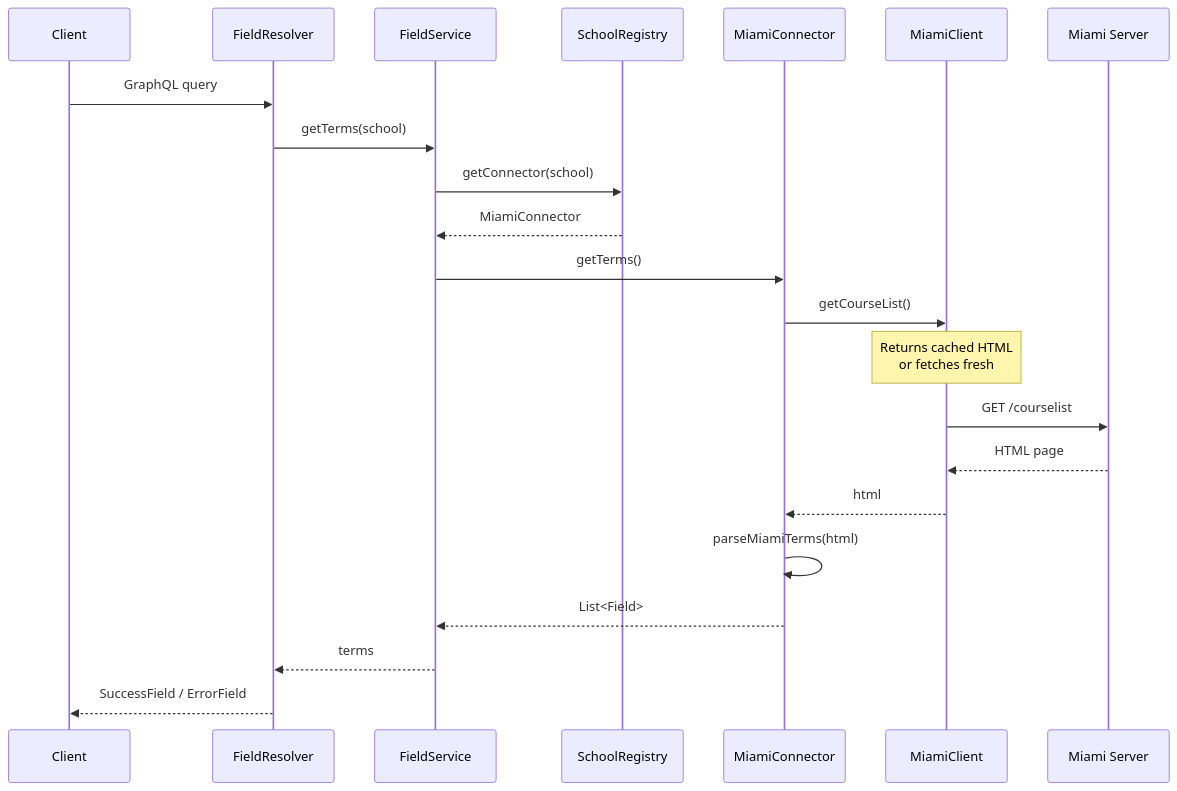
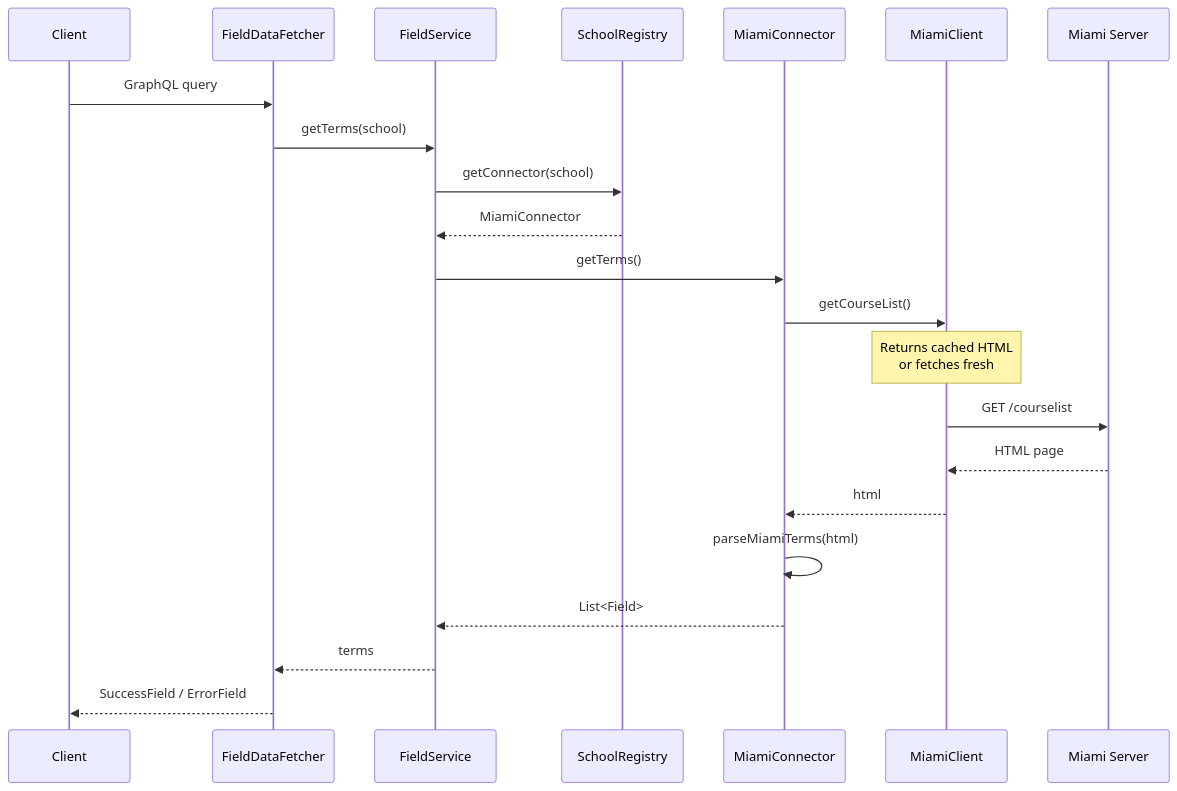
The fourth of 4 diagrams in README.md (tomdh-git/Miami-CourseAPI), drawn with Mermaid before and after one commit. The commit also changed other lines of this file and 42 other files, not shown here.

````diff
--- a/README.md
+++ b/README.md
@@ -166,25 +166,25 @@
 ```mermaid
 sequenceDiagram
     participant C as Client
-    participant R as FieldResolver
+    participant R as FieldDataFetcher
     participant S as FieldService
     participant REG as SchoolRegistry
     participant MC as MiamiConnector
     participant CL as MiamiClient
     participant M as Miami Server
 
     C->>R: GraphQL query
     R->>S: getTerms(school)
     S->>REG: getConnector(school)
     REG-->>S: MiamiConnector
     S->>MC: getTerms()
     MC->>CL: getCourseList()
     Note over CL: Returns cached HTML<br/>or fetches fresh
     CL->>M: GET /courselist
     M-->>CL: HTML page
     CL-->>MC: html
     MC->>MC: parseMiamiTerms(html)
     MC-->>S: List<Field>
     S-->>R: terms
     R-->>C: SuccessField / ErrorField
 ```
````
